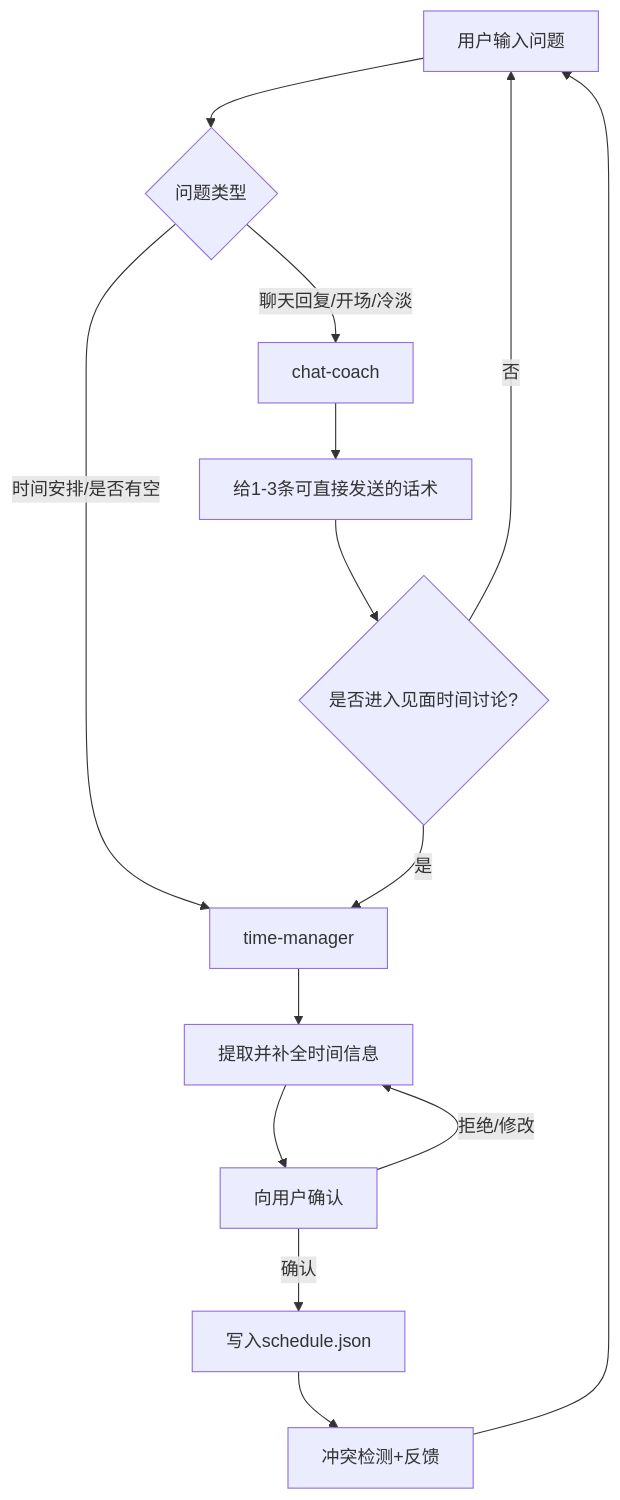
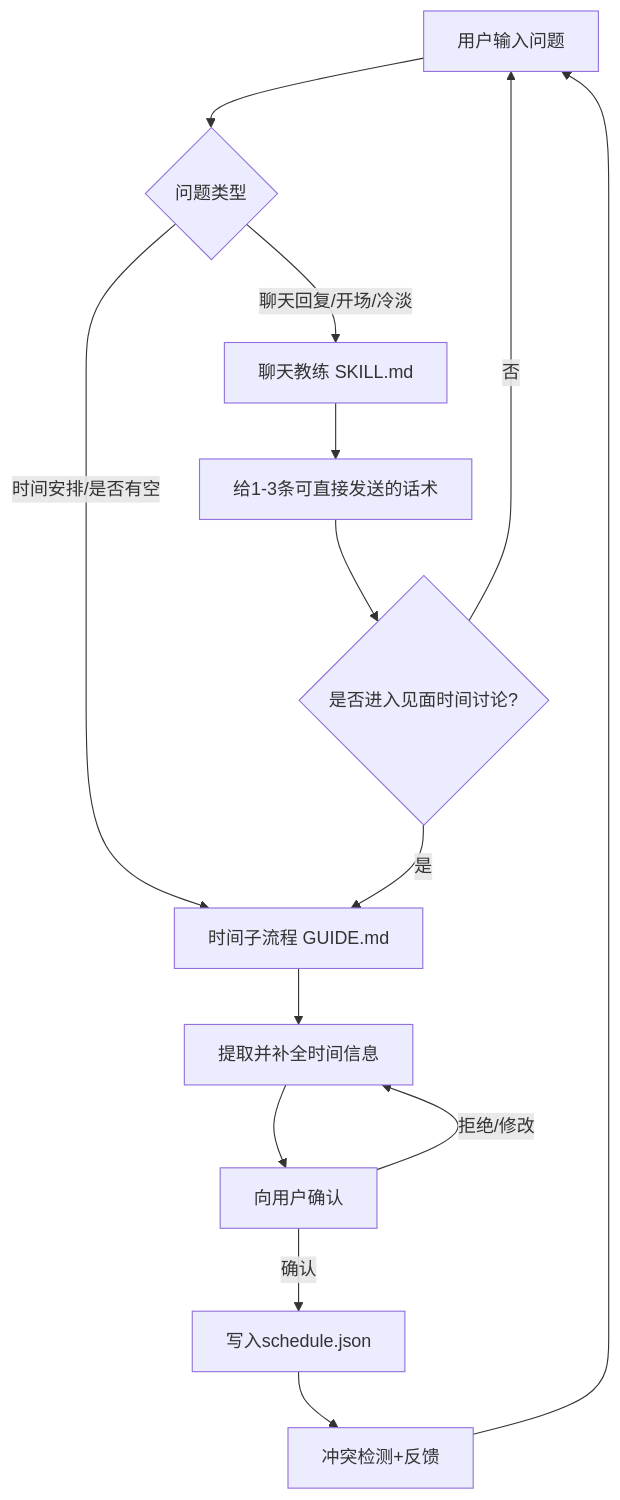
One commit to goldenmieee/Time_Management_Master changed the diagram in README.md. Above: the diagram before and after it, drawn with Mermaid. The commit also changed other lines of this file and 4 other files, not shown here.

Commit message:
refactor: merge into single skill - chat-coach as main entry, time-manager as submodule

````diff
--- a/README.md
+++ b/README.md
@@ -176,18 +170,18 @@
 ```mermaid
 flowchart TD
   U[用户输入问题] --> C{问题类型}
-  C -->|聊天回复/开场/冷淡| CC[chat-coach]
-  C -->|时间安排/是否有空| TM[time-manager]
+  C -->|聊天回复/开场/冷淡| CC[聊天教练 SKILL.md]
+  C -->|时间安排/是否有空| TM[时间子流程 GUIDE.md]
 
   CC --> CC1[给1-3条可直接发送的话术]
   CC1 --> CC2{是否进入见面时间讨论?}
   CC2 -->|是| TM
   CC2 -->|否| U
 
   TM --> TM1[提取并补全时间信息]
   TM1 --> TM2[向用户确认]
   TM2 -->|确认| TM3[写入schedule.json]
   TM2 -->|拒绝/修改| TM1
   TM3 --> TM4[冲突检测+反馈]
   TM4 --> U
 ```
````
